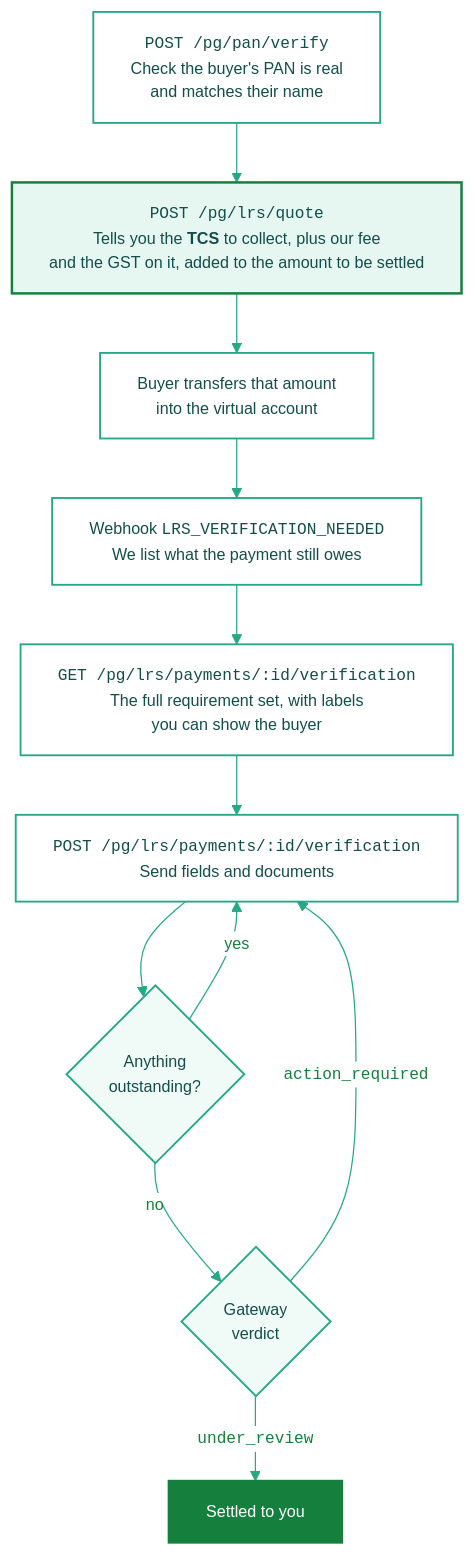
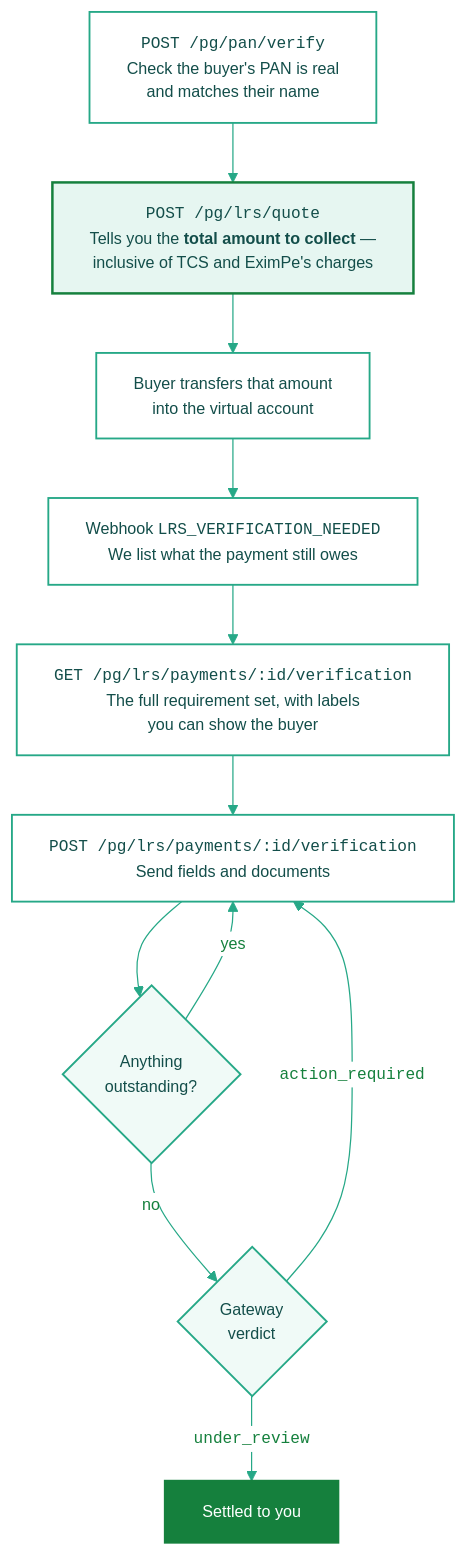
One commit to akhil-kumar-mg-mint/docs changed the diagram in integration-guide/v3/web-integration/lrs-verification.mdx. Above: the diagram before and after it, drawn with Mermaid.

Commit message:
docs(v3): quote node leads with the total to collect
Was listing the components — TCS, plus our fee, plus the GST on it, added to the
amount to be settled — which made the reader assemble the figure themselves. The
point of the call is the single number they ask the buyer for, so say that:
the total amount to collect, inclusive of TCS and EximPe's charges.

````diff
--- a/integration-guide/v3/web-integration/lrs-verification.mdx
+++ b/integration-guide/v3/web-integration/lrs-verification.mdx
@@ -20,42 +20,42 @@
 ```mermaid
 %%{init: {
   "theme": "base",
   "themeVariables": {
     "fontFamily": "ui-sans-serif, system-ui, -apple-system, sans-serif",
     "fontSize": "13px",
     "primaryColor": "#ffffff",
     "primaryTextColor": "#15803d",
     "primaryBorderColor": "#26a887",
     "lineColor": "#26a887",
     "tertiaryColor": "#ffffff",
     "edgeLabelBackground": "#ffffff"
   },
   "flowchart": { "curve": "basis", "htmlLabels": true, "wrappingWidth": 340, "nodeSpacing": 44, "rankSpacing": 48 }
 }}%%
 flowchart TD
     A["<code>POST /pg/pan/verify</code><br/>Check the buyer's PAN is real<br/>and matches their name"]
-    B["<code>POST /pg/lrs/quote</code><br/>Tells you the <b>TCS</b> to collect, plus our fee<br/>and the GST on it, added to the amount to be settled"]
+    B["<code>POST /pg/lrs/quote</code><br/>Tells you the <b>total amount to collect</b> —<br/>inclusive of TCS and EximPe's charges"]
     C["Buyer transfers that amount<br/>into the virtual account"]
     D["Webhook <code>LRS_VERIFICATION_NEEDED</code><br/>We list what the payment still owes"]
     E["<code>GET /pg/lrs/payments/:id/verification</code><br/>The full requirement set, with labels<br/>you can show the buyer"]
     F["<code>POST /pg/lrs/payments/:id/verification</code><br/>Send fields and documents"]
     G{"Anything<br/>outstanding?"}
     H{"Gateway<br/>verdict"}
     I["Settled to you"]
 
     A --> B --> C --> D --> E --> F --> G
     G -- "yes" --> F
     G -- "no" --> H
     H -- "<code>action_required</code>" --> F
     H -- "<code>under_review</code>" --> I
 
     classDef step fill:#ffffff,stroke:#26a887,stroke-width:1.5px,color:#134e4a
     classDef gate fill:#f0faf7,stroke:#26a887,stroke-width:1.5px,color:#134e4a
     classDef emphasis fill:#e6f6f1,stroke:#15803d,stroke-width:2px,color:#134e4a
     classDef done fill:#15803d,stroke:#15803d,stroke-width:2px,color:#ffffff
 
     class A,C,D,E,F step
     class B emphasis
     class G,H gate
     class I done
 ```
````
